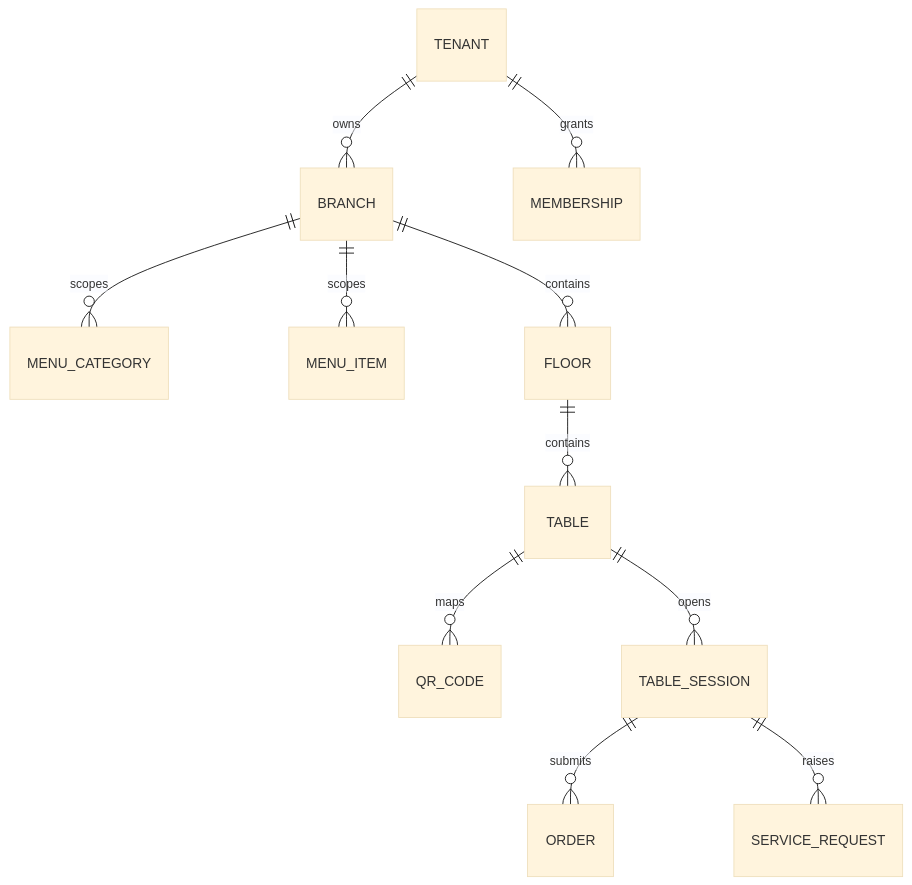
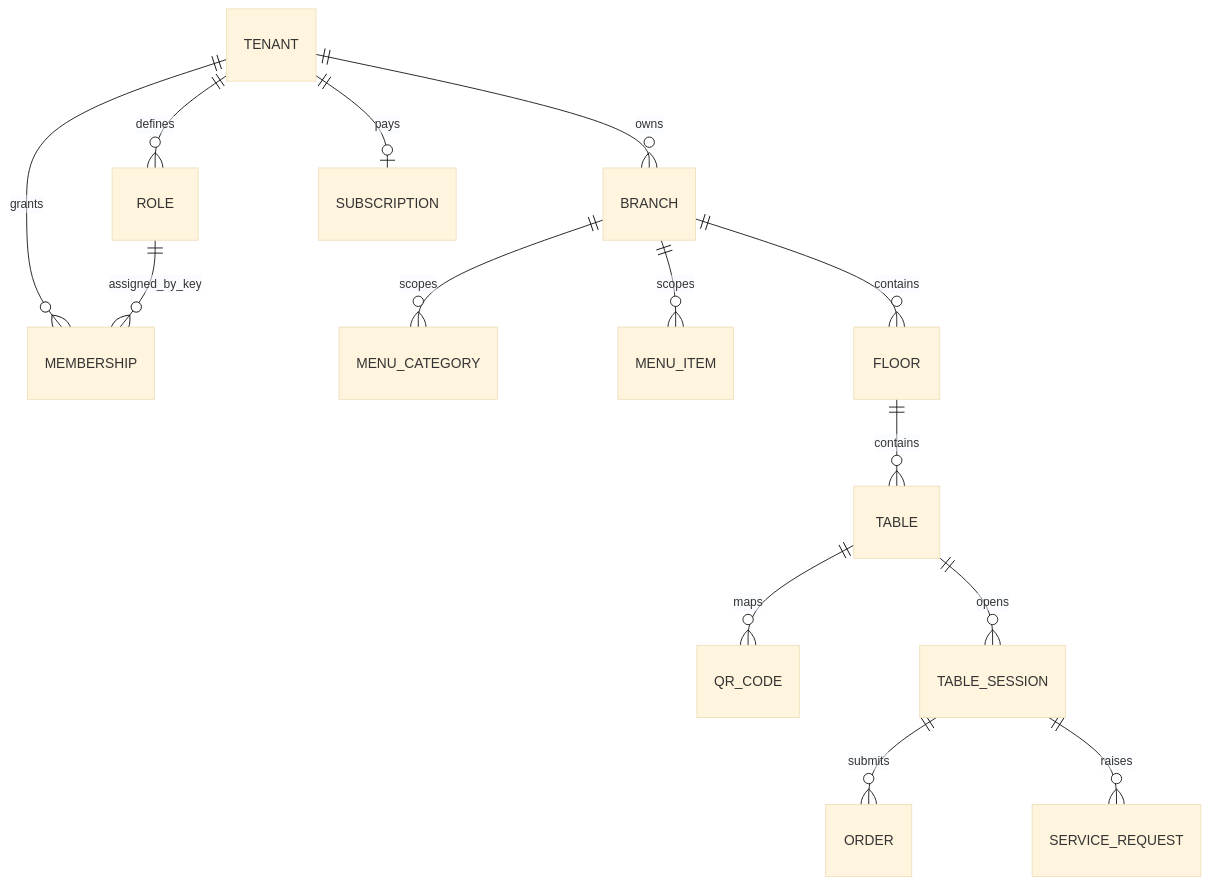
One commit to abhishekmishra0409/Servora changed the diagram in docs/data-model.md. Above: the diagram before and after it, drawn with Mermaid (base theme). The commit also changed other lines of this file and 10 other files, not shown here.

````diff
--- a/docs/data-model.md
+++ b/docs/data-model.md
@@ -3,13 +3,16 @@
 ```mermaid
 erDiagram
   TENANT ||--o{ BRANCH : owns
   TENANT ||--o{ MEMBERSHIP : grants
+  TENANT ||--o{ ROLE : defines
+  ROLE ||--o{ MEMBERSHIP : assigned_by_key
+  TENANT ||--o| SUBSCRIPTION : pays
   BRANCH ||--o{ MENU_CATEGORY : scopes
   BRANCH ||--o{ MENU_ITEM : scopes
   BRANCH ||--o{ FLOOR : contains
   FLOOR ||--o{ TABLE : contains
   TABLE ||--o{ QR_CODE : maps
   TABLE ||--o{ TABLE_SESSION : opens
   TABLE_SESSION ||--o{ ORDER : submits
   TABLE_SESSION ||--o{ SERVICE_REQUEST : raises
 ```
````
